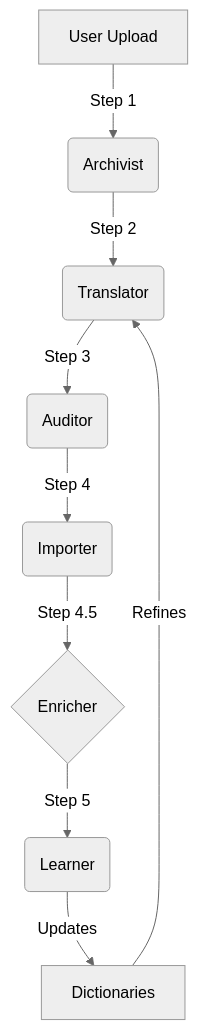
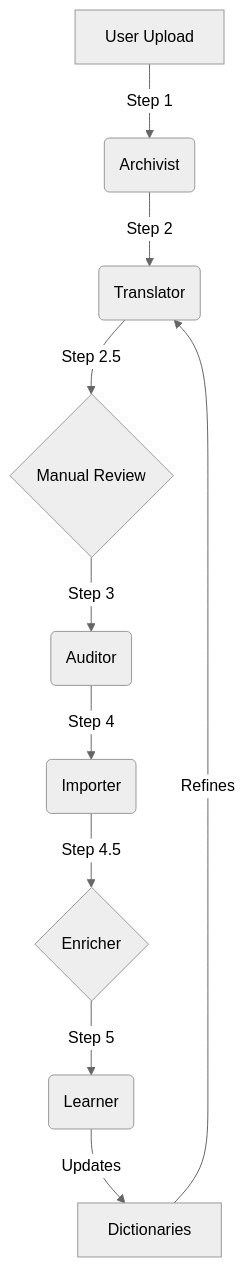
One commit to wlgrana/aicontainertracker changed the diagram in docs/SELF_IMPROVING_ENGINE.md. Above: the diagram before and after it, drawn with Mermaid (neutral theme). The commit also changed other lines of this file and 13 other files, not shown here.

Commit message:
feat: Add Manual Mapping, Forwarder schema, and Dev Environment docs

````diff
--- a/docs/SELF_IMPROVING_ENGINE.md
+++ b/docs/SELF_IMPROVING_ENGINE.md
@@ -15,11 +15,12 @@
 ```mermaid
 graph TD
     A[User Upload] -->|Step 1| B(Archivist)
     B -->|Step 2| C(Translator)
-    C -->|Step 3| D(Auditor)
+    C -->|Step 2.5| C2{Manual Review}
+    C2 -->|Step 3| D(Auditor)
     D -->|Step 4| E(Importer)
     E -->|Step 4.5| F{Enricher}
     F -->|Step 5| G(Learner)
     G -->|Updates| H[Dictionaries]
     H -->|Refines| C
 ```
````
